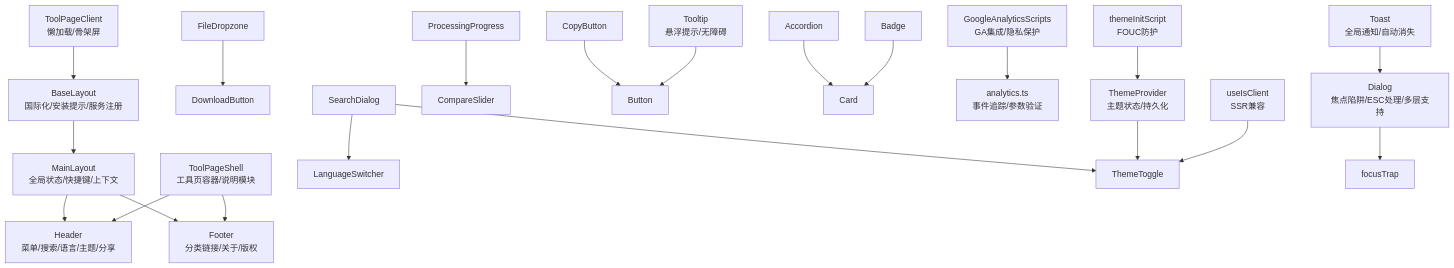
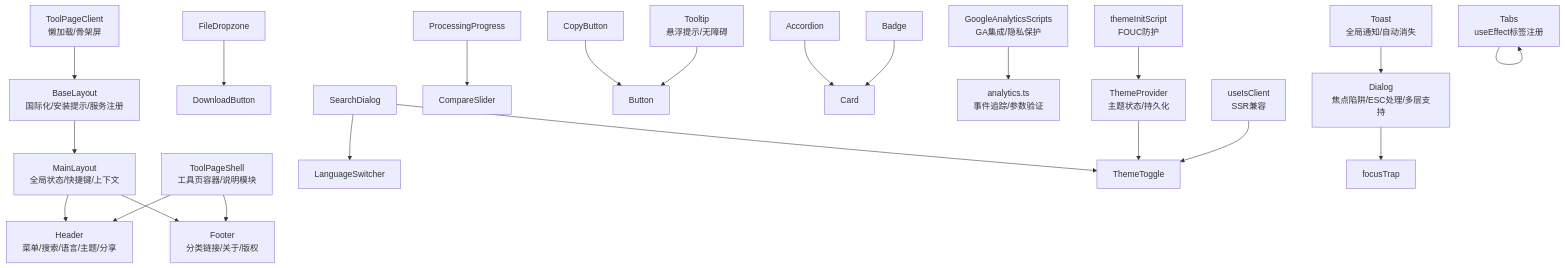
The second of 11 diagrams in .qoder/repowiki/zh/content/UI组件系统/UI组件系统.md (sgyy/privadeck), drawn with Mermaid before and after one commit. The commit also changed other lines of this file and 5 other files, not shown here.

````diff
--- a/.qoder/repowiki/zh/content/UI组件系统/UI组件系统.md
+++ b/.qoder/repowiki/zh/content/UI组件系统/UI组件系统.md
@@ -234,23 +244,24 @@
 ```mermaid
 graph TB
 ML["MainLayout<br/>全局状态/快捷键/上下文"] --> HDR["Header<br/>菜单/搜索/语言/主题/分享"]
 ML --> FTR["Footer<br/>分类链接/关于/版权"]
 BL["BaseLayout<br/>国际化/安装提示/服务注册"] --> ML
 TPS["ToolPageShell<br/>工具页容器/说明模块"] --> HDR
 TPS --> FTR
 TPC["ToolPageClient<br/>懒加载/骨架屏"] --> BL
 FDZ["FileDropzone"] --> DNB["DownloadButton"]
 SDI["SearchDialog"] --> LSW["LanguageSwitcher"]
 SDI --> TMT["ThemeToggle"]
 PPG["ProcessingProgress"] --> CMP["CompareSlider"]
 CPB["CopyButton"] --> BTN["Button"]
 ACC["Accordion"] --> CAR["Card"]
 BAD["Badge"] --> CAR
+TAB["Tabs<br/>useEffect标签注册"] --> TAB
 GAS["GoogleAnalyticsScripts<br/>GA集成/隐私保护"] --> ANL["analytics.ts<br/>事件追踪/参数验证"]
 TPR["ThemeProvider<br/>主题状态/持久化"] --> TMT
 TIS["themeInitScript<br/>FOUC防护"] --> TPR
 UIC["useIsClient<br/>SSR兼容"] --> TMT
 DLG["Dialog<br/>焦点陷阱/ESC处理/多层支持"] --> FT["focusTrap"]
 TST["Toast<br/>全局通知/自动消失"] --> DLG
 TTP["Tooltip<br/>悬浮提示/无障碍"] --> BTN
 ```
````
